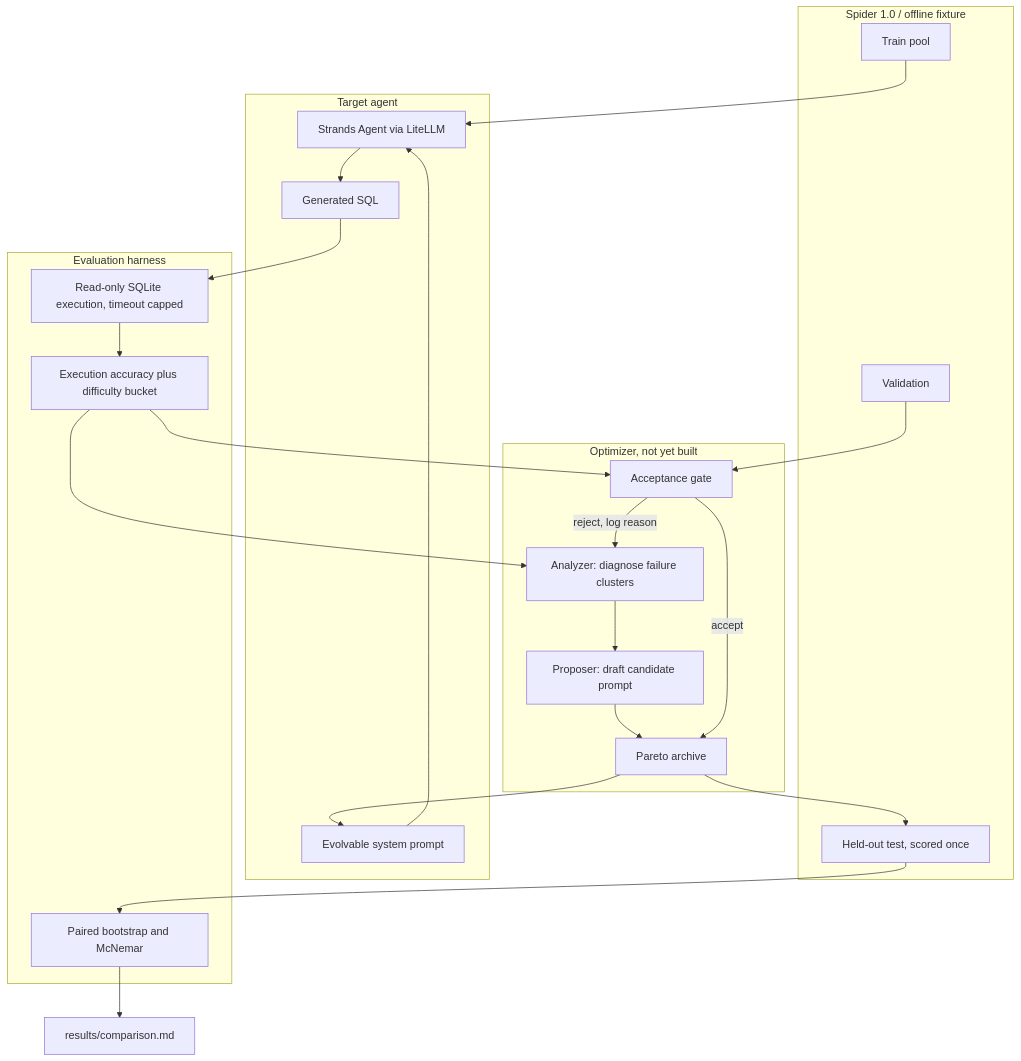
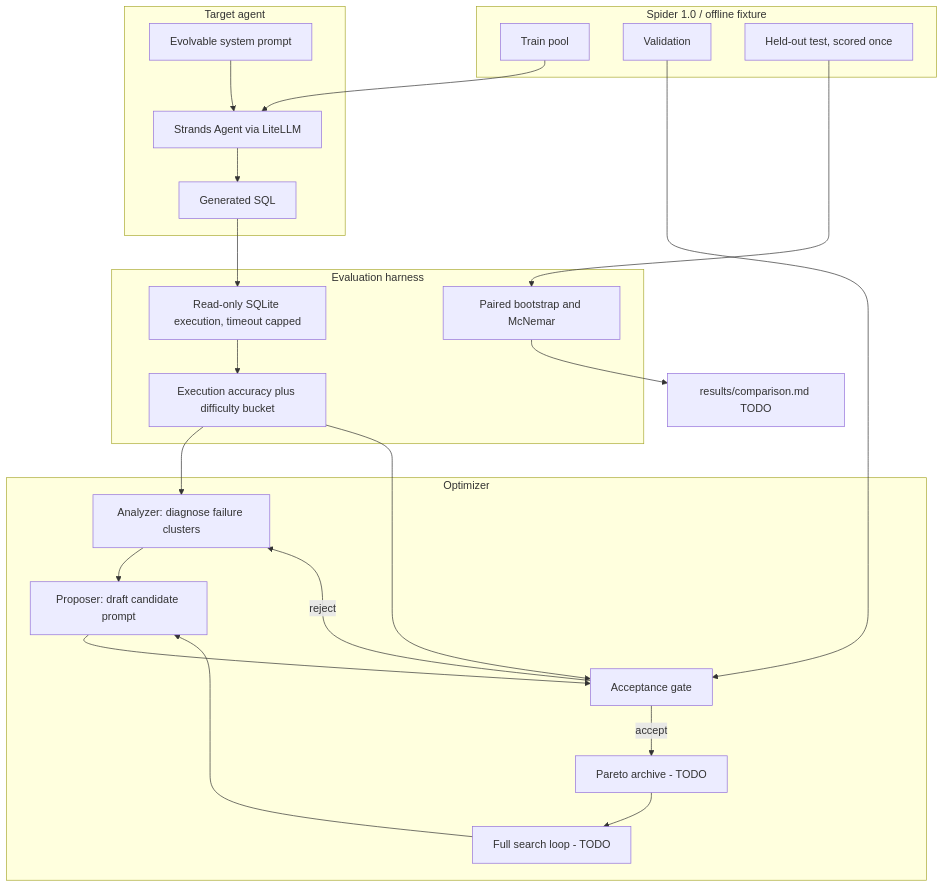
The diagram in docs/PROJECT.md (sssahoo-lang/delta), drawn with Mermaid before and after one commit. The commit also changed other lines of this file and 2 other files, not shown here.

````diff
--- a/docs/PROJECT.md
+++ b/docs/PROJECT.md
@@ -120,44 +123,45 @@
 ```mermaid
 flowchart TD
     subgraph data [Spider 1.0 / offline fixture]
         train["Train pool"]
         val["Validation"]
         test["Held-out test, scored once"]
     end
 
     subgraph target [Target agent]
         tprompt["Evolvable system prompt"]
         tagent["Strands Agent via LiteLLM"]
         sql["Generated SQL"]
     end
 
     subgraph harness [Evaluation harness]
         exec["Read-only SQLite execution, timeout capped"]
         score["Execution accuracy plus difficulty bucket"]
         stats["Paired bootstrap and McNemar"]
     end
 
-    subgraph smith [Optimizer, not yet built]
+    subgraph smith [Optimizer]
         analyzer["Analyzer: diagnose failure clusters"]
         proposer["Proposer: draft candidate prompt"]
-        archive["Pareto archive"]
+        archive["Pareto archive - TODO"]
         gate["Acceptance gate"]
+        loop["Full search loop - TODO"]
     end
 
     train --> tagent
     tprompt --> tagent
     tagent --> sql
     sql --> exec
     exec --> score
     score --> analyzer
     analyzer --> proposer
-    proposer --> archive
-    archive --> tprompt
+    proposer --> gate
     score --> gate
     val --> gate
     gate -->|accept| archive
-    gate -->|reject, log reason| analyzer
-    archive --> test
+    gate -->|reject| analyzer
+    archive --> loop
+    loop --> proposer
     test --> stats
-    stats --> results["results/comparison.md"]
+    stats --> results["results/comparison.md TODO"]
 ```
````
